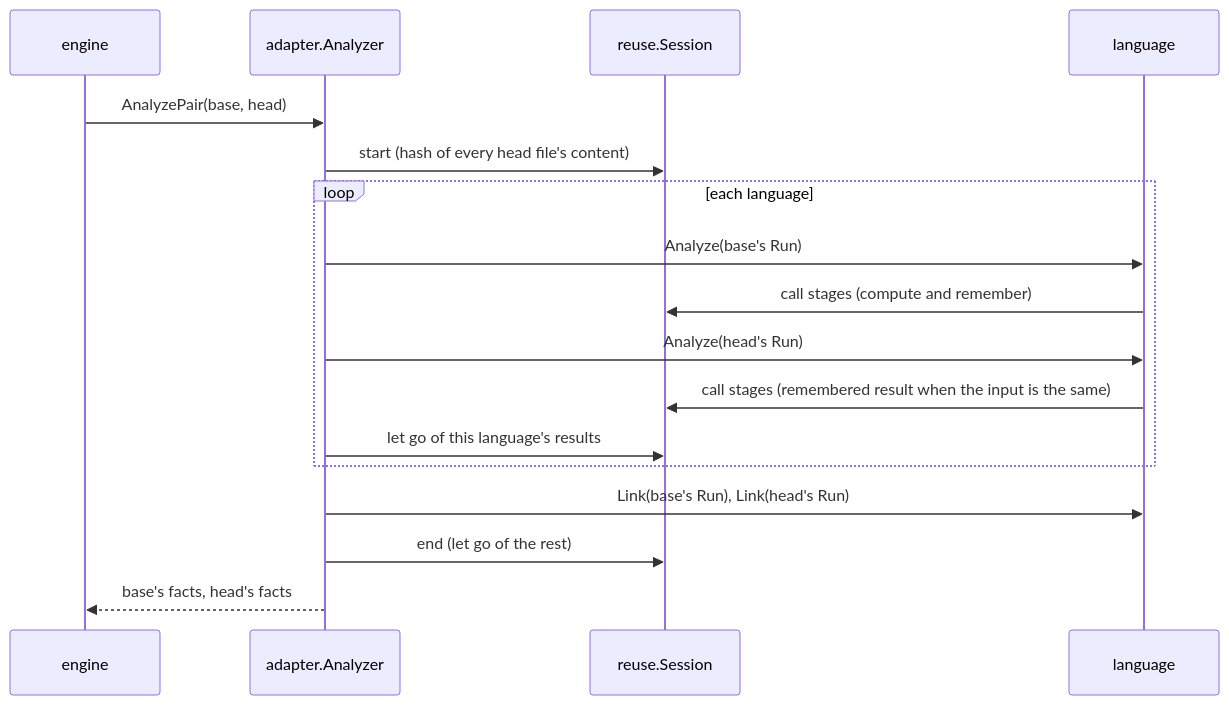
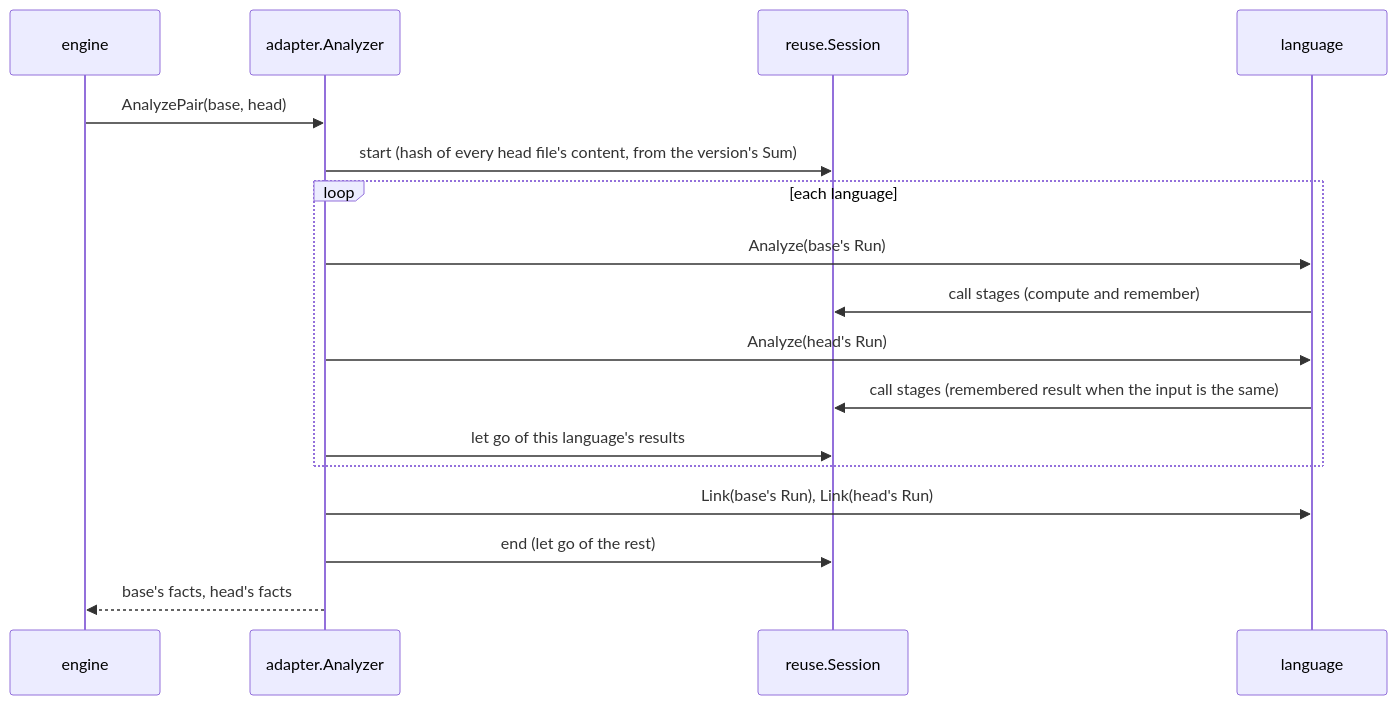
One commit to rerorets/hadome changed the first of 2 diagrams in docs/design/analysis-reuse.md. Above: the diagram before and after it, drawn with Mermaid. The commit also changed other lines of this file and 3 other files, not shown here.

````diff
--- a/docs/design/analysis-reuse.md
+++ b/docs/design/analysis-reuse.md
@@ -139,19 +140,19 @@
 ```mermaid
 sequenceDiagram
   participant E as engine
   participant A as adapter.Analyzer
   participant S as reuse.Session
   participant L as language
   E->>A: AnalyzePair(base, head)
-  A->>S: start (hash of every head file's content)
+  A->>S: start (hash of every head file's content, from the version's Sum)
   loop each language
     A->>L: Analyze(base's Run)
     L->>S: call stages (compute and remember)
     A->>L: Analyze(head's Run)
     L->>S: call stages (remembered result when the input is the same)
     A->>S: let go of this language's results
   end
   A->>L: Link(base's Run), Link(head's Run)
   A->>S: end (let go of the rest)
   A-->>E: base's facts, head's facts
 ```
````
